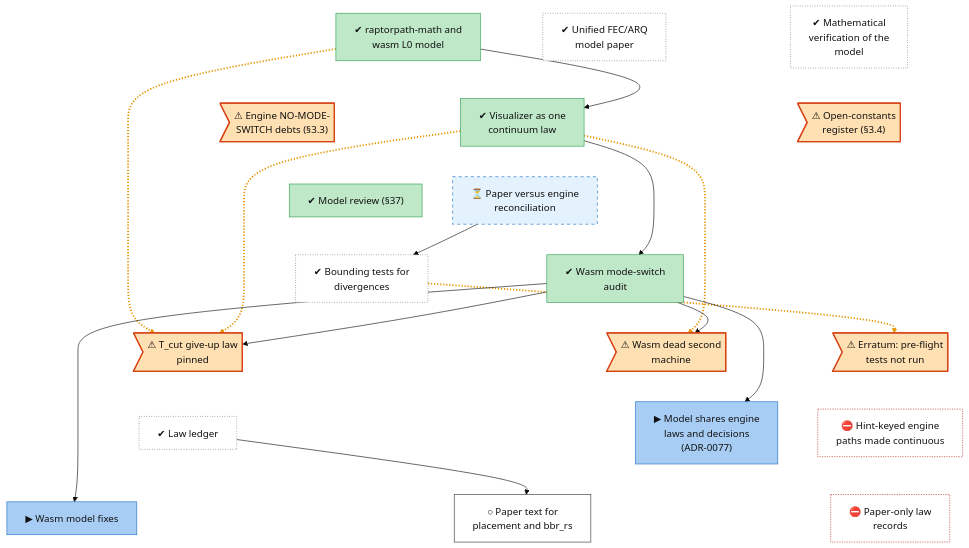
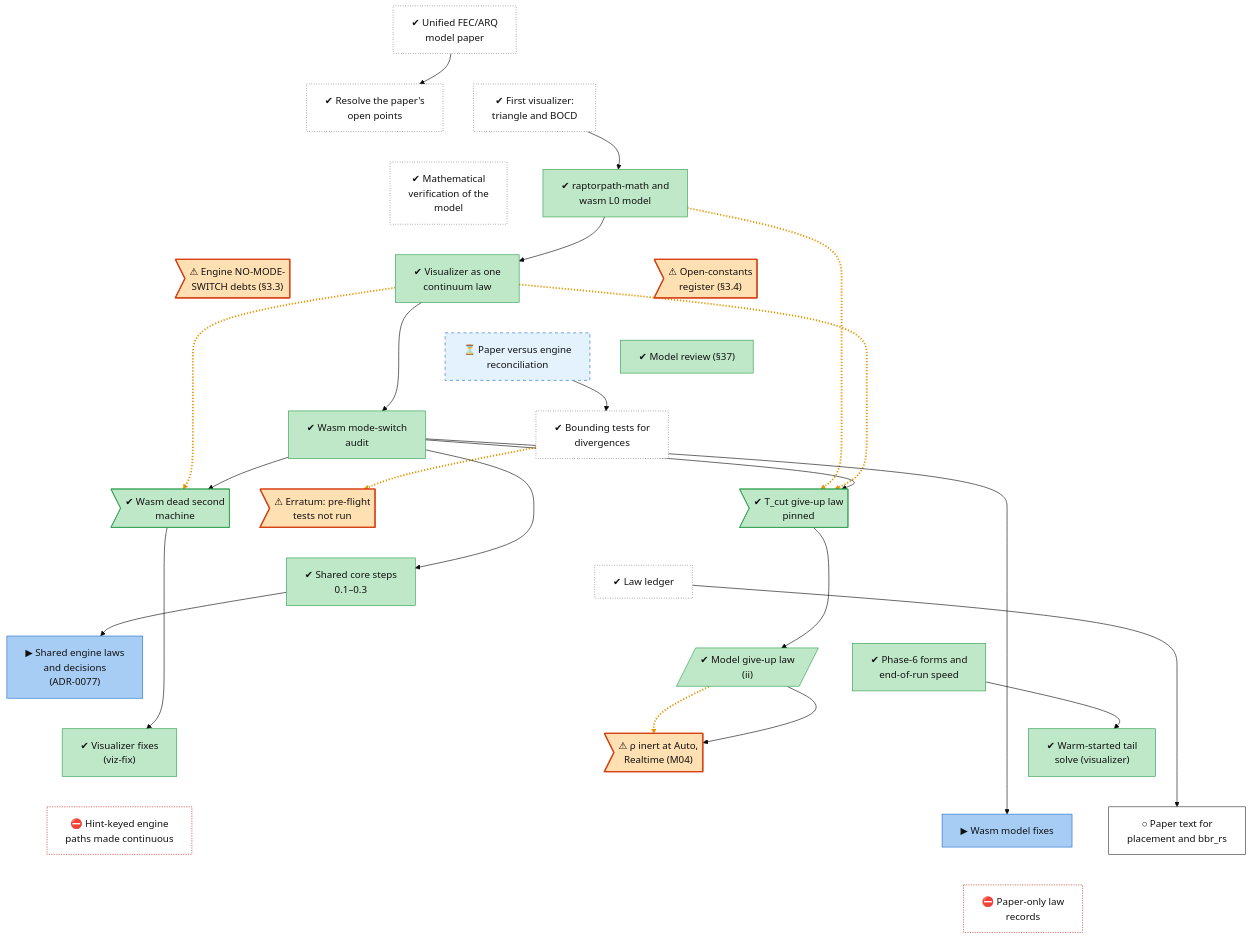
Before and after one commit to lhns/raptorpath: the diagram in docs/roadmap/tracks/model.md, drawn with Mermaid (base theme). The commit also changed other lines of this file and 14 other files, not shown here.

First line of the commit message:
roadmap: §58-§60 up to date; family nodes split per experiment

````diff
--- a/docs/roadmap/tracks/model.md
+++ b/docs/roadmap/tracks/model.md
@@ -10,6 +10,8 @@
 ```mermaid
 flowchart TB
     model_paper_v1["✔ Unified FEC/ARQ<br/>model paper"]
+    model_open_points["✔ Resolve the paper's<br/>open points"]
+    model_visualizer_v1["✔ First visualizer:<br/>triangle and BOCD"]
     model_wasm_l0["✔ raptorpath-math and<br/>wasm L0 model"]
     model_math_verification["✔ Mathematical<br/>verification of the<br/>model"]
     model_vis_continuum["✔ Visualizer as one<br/>continuum law"]
@@ -19,17 +21,27 @@
     model_paper_recon["⏳ Paper versus engine<br/>reconciliation"]
     model_bound_tests["✔ Bounding tests for<br/>divergences"]
     model_wasm_audit["✔ Wasm mode-switch<br/>audit"]
-    model_defect_tcut>"⚠ T_cut give-up law<br/>pinned"]
-    model_defect_dead_machine>"⚠ Wasm dead second<br/>machine"]
+    model_defect_tcut>"✔ T_cut give-up law<br/>pinned"]
+    model_defect_dead_machine>"✔ Wasm dead second<br/>machine"]
     model_bound_tests_unrun>"⚠ Erratum: pre-flight<br/>tests not run"]
     model_law_ledger["✔ Law ledger"]
-    model_shared_core["▶ Model shares engine<br/>laws and decisions<br/>(ADR-0077)"]
+    model_shared_core_0["✔ Shared core steps<br/>0.1–0.3"]
+    model_shared_core["▶ Shared engine laws<br/>and decisions<br/>(ADR-0077)"]
+    model_endspeed["✔ Phase-6 forms and<br/>end-of-run speed"]
+    model_giveup_law[/"✔ Model give-up law<br/>(ii)"/]
+    model_viz_fix["✔ Visualizer fixes<br/>(viz-fix)"]
+    model_defect_rho_inert>"⚠ ρ inert at Auto,<br/>Realtime (M04)"]
+    model_warm_start["✔ Warm-started tail<br/>solve (visualizer)"]
     model_fix_hint_keyed_paths["⛔ Hint-keyed engine<br/>paths made continuous"]
     model_wasm_fixes["▶ Wasm model fixes"]
     model_fix_paper_p2["○ Paper text for<br/>placement and bbr_rs"]
     model_fix_paper_p3["⛔ Paper-only law<br/>records"]
-    model_paper_v1 ~~~ model_vis_continuum
-    model_wasm_l0 ~~~ model_mode_switch_debts
+    model_paper_v1 ~~~ model_open_points
+    model_paper_v1 ~~~ model_visualizer_v1
+    model_open_points ~~~ model_wasm_l0
+    model_visualizer_v1 ~~~ model_math_verification
+    model_wasm_l0 ~~~ model_vis_continuum
+    model_math_verification ~~~ model_mode_switch_debts
     model_math_verification ~~~ model_open_constants
     model_vis_continuum ~~~ model_review_37
     model_mode_switch_debts ~~~ model_paper_recon
@@ -40,11 +52,22 @@
     model_wasm_audit ~~~ model_defect_dead_machine
     model_wasm_audit ~~~ model_bound_tests_unrun
     model_defect_tcut ~~~ model_law_ledger
-    model_defect_dead_machine ~~~ model_shared_core
-    model_bound_tests_unrun ~~~ model_fix_hint_keyed_paths
-    model_law_ledger ~~~ model_wasm_fixes
-    model_shared_core ~~~ model_fix_paper_p2
+    model_defect_dead_machine ~~~ model_shared_core_0
+    model_bound_tests_unrun ~~~ model_shared_core_0
+    model_law_ledger ~~~ model_shared_core
+    model_shared_core_0 ~~~ model_endspeed
+    model_shared_core_0 ~~~ model_giveup_law
+    model_shared_core ~~~ model_viz_fix
+    model_endspeed ~~~ model_defect_rho_inert
+    model_giveup_law ~~~ model_warm_start
+    model_viz_fix ~~~ model_fix_hint_keyed_paths
+    model_defect_rho_inert ~~~ model_wasm_fixes
+    model_warm_start ~~~ model_fix_paper_p2
     model_fix_hint_keyed_paths ~~~ model_fix_paper_p3
+    model_wasm_fixes ~~~ model_fix_paper_p3
+    model_fix_paper_p2 ~~~ model_fix_paper_p3
+    model_paper_v1 --> model_open_points
+    model_visualizer_v1 --> model_wasm_l0
     model_wasm_l0 -.-> model_defect_tcut
     model_wasm_l0 --> model_vis_continuum
     model_vis_continuum -.-> model_defect_dead_machine
@@ -54,10 +77,16 @@
     model_vis_continuum --> model_wasm_audit
     model_wasm_audit --> model_defect_tcut
     model_wasm_audit --> model_defect_dead_machine
-    model_wasm_audit --> model_shared_core
+    model_wasm_audit --> model_shared_core_0
+    model_shared_core_0 --> model_shared_core
+    model_defect_tcut --> model_giveup_law
+    model_giveup_law -.-> model_defect_rho_inert
+    model_defect_dead_machine --> model_viz_fix
+    model_giveup_law --> model_defect_rho_inert
+    model_endspeed --> model_warm_start
     model_wasm_audit --> model_wasm_fixes
     model_law_ledger --> model_fix_paper_p2
-    linkStyle 17,19,20,22 stroke:#e69500,stroke-width:3px,stroke-dasharray:2 3
+    linkStyle 32,34,35,37,44 stroke:#e69500,stroke-width:3px,stroke-dasharray:2 3
     classDef vsucc fill:#2e9e4f,stroke:#1b6b34,color:#fff
     classDef succ fill:#bfe8c8,stroke:#2e9e4f,color:#111
     classDef mixed fill:#ffd37a,stroke:#c98a00,color:#111
@@ -71,9 +100,9 @@
     classDef userdec fill:#d9c2f0,stroke:#7b3fb5,color:#111
     classDef defect fill:#ffe0b2,stroke:#d84315,stroke-width:2px,color:#111
     classDef waiting fill:#e3f2fd,stroke:#1f6fc5,stroke-dasharray:5 5,color:#111
-    class model_paper_v1,model_math_verification,model_bound_tests,model_law_ledger unrated
-    class model_wasm_l0,model_vis_continuum,model_review_37,model_wasm_audit succ
-    class model_mode_switch_debts,model_open_constants,model_defect_tcut,model_defect_dead_machine,model_bound_tests_unrun defect
+    class model_paper_v1,model_open_points,model_visualizer_v1,model_math_verification,model_bound_tests,model_law_ledger unrated
+    class model_wasm_l0,model_vis_continuum,model_review_37,model_wasm_audit,model_defect_tcut,model_defect_dead_machine,model_shared_core_0,model_endspeed,model_giveup_law,model_viz_fix,model_warm_start succ
+    class model_mode_switch_debts,model_open_constants,model_bound_tests_unrun,model_defect_rho_inert defect
     class model_paper_recon waiting
     class model_shared_core,model_wasm_fixes inprog
     class model_fix_hint_keyed_paths,model_fix_paper_p3 blocked
````
